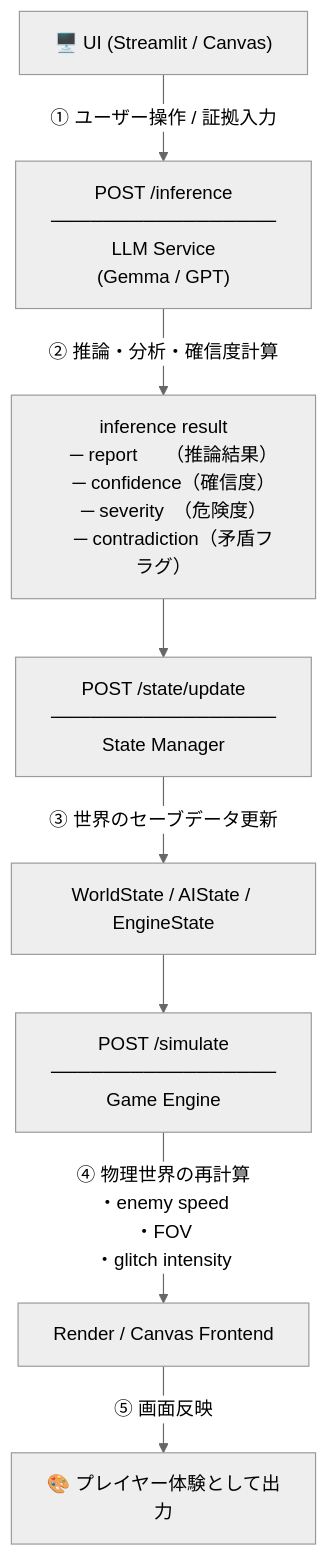
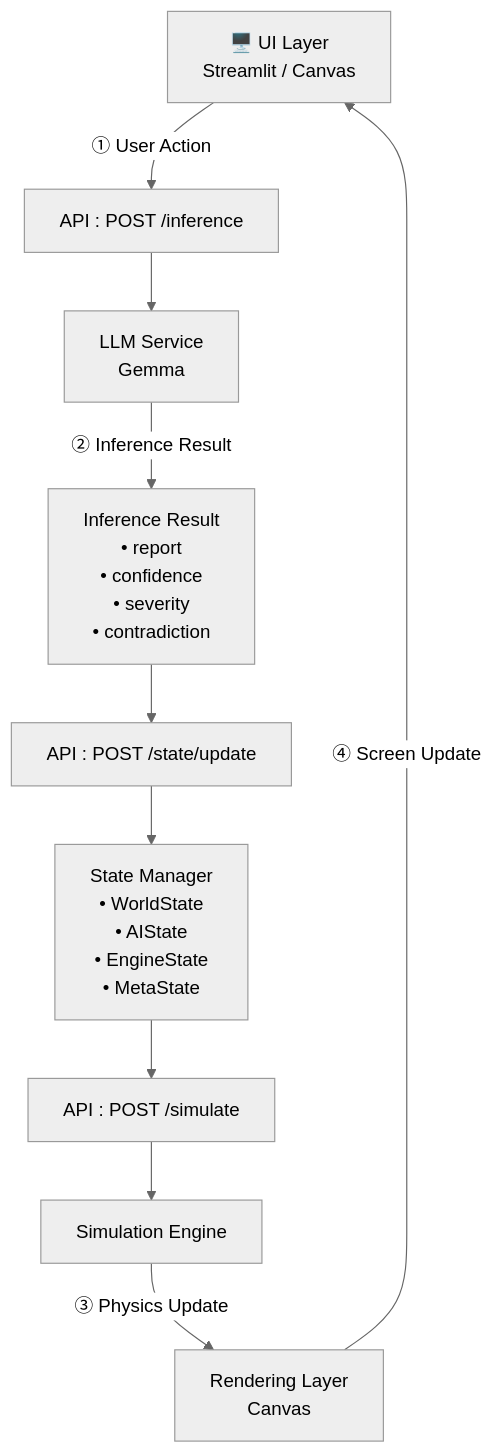
One commit to sevasu77/inference-collapse changed the first of 3 diagrams in docs/2.flow.md. Above: the diagram before and after it, drawn with Mermaid (neutral theme). The commit also changed other lines of this file, not shown here.

First line of the commit message:
Document system processing flow for Inference Collapse

````diff
--- a/docs/2.flow.md
+++ b/docs/2.flow.md
@@ -1,36 +17,48 @@
 ```mermaid
 flowchart TD
-    UI["🖥️ UI (Streamlit / Canvas)"]
 
-    UI -->|"① ユーザー操作 / 証拠入力"| INF
+    UI["🖥️ UI Layer<br/>Streamlit / Canvas"]
 
-    INF["POST /inference\n─────────────────\nLLM Service\n(Gemma / GPT)"]
+    UI -->|"① User Action"| INF
 
-    INF -->|"② 推論・分析・確信度計算"| RESULT
+    INF["API : POST /inference"]
 
-    RESULT["inference result
-    ─ report　　（推論結果）
-    ─ confidence（確信度）
-    ─ severity　（危険度）
-    ─ contradiction（矛盾フラグ）"]
+    INF --> LLM
 
-    RESULT --> STATE_EP
+    LLM["LLM Service<br/>Gemma"]
 
-    STATE_EP["POST /state/update\n─────────────────\nState Manager"]
+    LLM -->|"② Inference Result"| RESULT
 
-    STATE_EP -->|"③ 世界のセーブデータ更新"| WORLD
+    RESULT["Inference Result
+• report
+• confidence
+• severity
+• contradiction"]
 
-    WORLD["WorldState / AIState / EngineState"]
+    RESULT --> STATE
 
-    WORLD --> SIM_EP
+    STATE["API : POST /state/update"]
 
-    SIM_EP["POST /simulate\n─────────────────\nGame Engine"]
+    STATE --> WORLD
 
-    SIM_EP -->|"④ 物理世界の再計算\n・enemy speed\n・FOV\n・glitch intensity"| RENDER
+    WORLD["State Manager
+• WorldState
+• AIState
+• EngineState
+• MetaState"]
 
-    RENDER["Render / Canvas Frontend"]
+    WORLD --> SIM
 
-    RENDER -->|"⑤ 画面反映"| OUT
+    SIM["API : POST /simulate"]
 
-    OUT["🎨 プレイヤー体験として出力"]
+    SIM --> ENGINE
+
+    ENGINE["Simulation Engine"]
+
+    ENGINE -->|"③ Physics Update"| RENDER
+
+    RENDER["Rendering Layer
+Canvas"]
+
+    RENDER -->|"④ Screen Update"| UI
 ```
````
